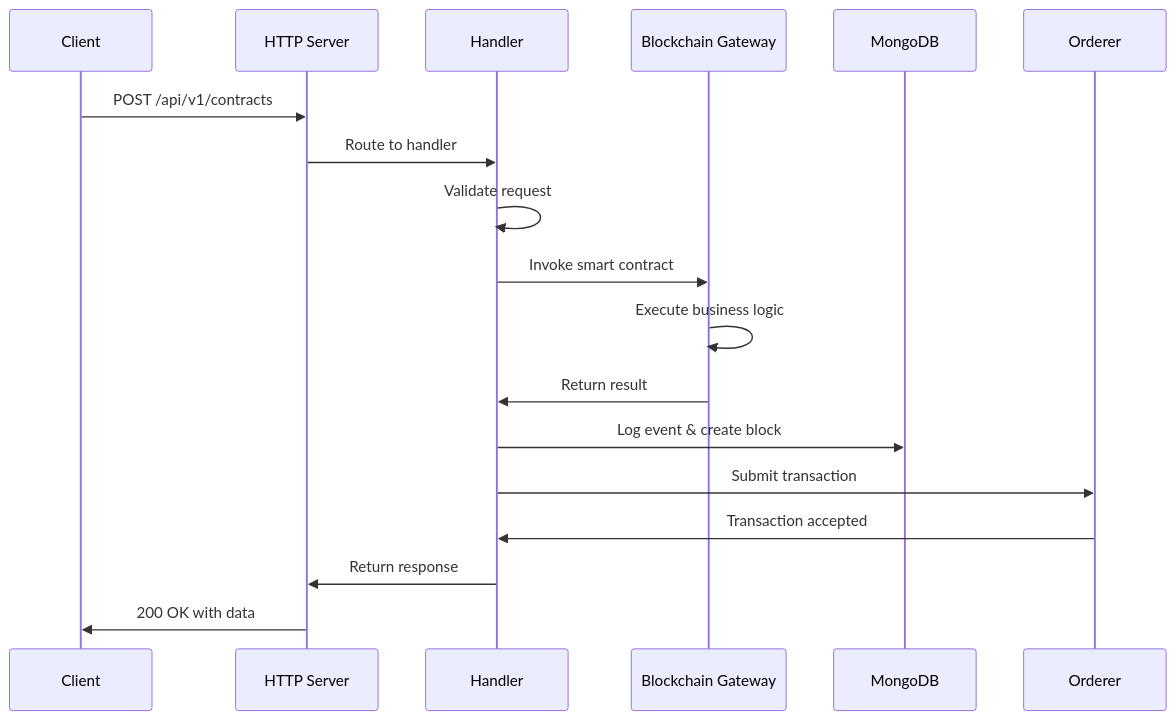
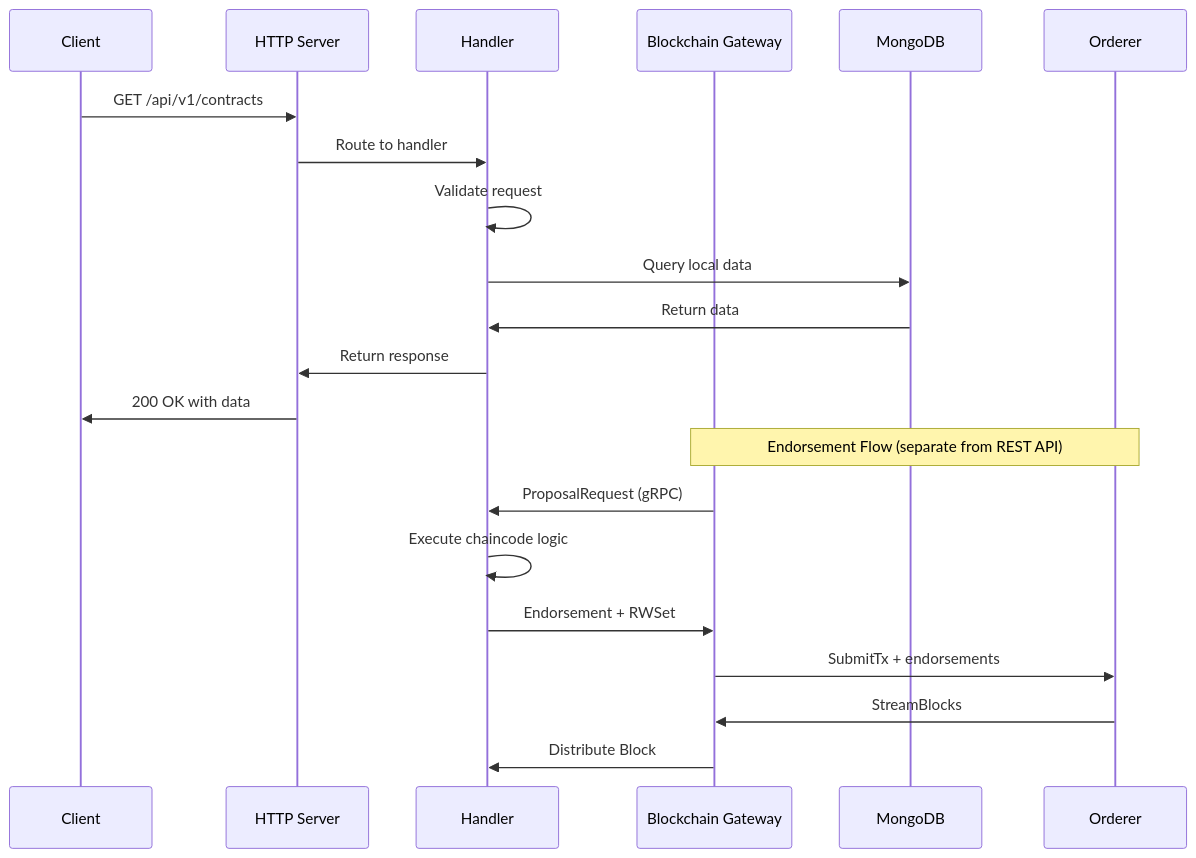
Before and after one commit to trunghc97/blockchain: diagram 23 of 25 in System_Design_Document.md, drawn with Mermaid. The commit also changed other lines of this file and 5 other files, not shown here.

````diff
--- a/System_Design_Document.md
+++ b/System_Design_Document.md
@@ -2145,21 +2177,25 @@
 ```mermaid
 sequenceDiagram
     participant Client
     participant HTTP as HTTP Server
     participant Handler
-    participant Chaincode as Blockchain Gateway
+    participant GW as Blockchain Gateway
     participant DB as MongoDB
     participant Orderer
 
-    Client->>HTTP: POST /api/v1/contracts
+    Client->>HTTP: GET /api/v1/contracts
     HTTP->>Handler: Route to handler
     Handler->>Handler: Validate request
-    Handler->>Chaincode: Invoke smart contract
-    Chaincode->>Chaincode: Execute business logic
-    Chaincode->>Handler: Return result
-    Handler->>DB: Log event & create block
-    Handler->>Orderer: Submit transaction
-    Orderer->>Handler: Transaction accepted
+    Handler->>DB: Query local data
+    DB->>Handler: Return data
     Handler->>HTTP: Return response
     HTTP->>Client: 200 OK with data
+
+    Note over GW,Orderer: Endorsement Flow (separate from REST API)
+    GW->>Handler: ProposalRequest (gRPC)
+    Handler->>Handler: Execute chaincode logic
+    Handler->>GW: Endorsement + RWSet
+    GW->>Orderer: SubmitTx + endorsements
+    Orderer->>GW: StreamBlocks
+    GW->>Handler: Distribute Block
 ```
````
